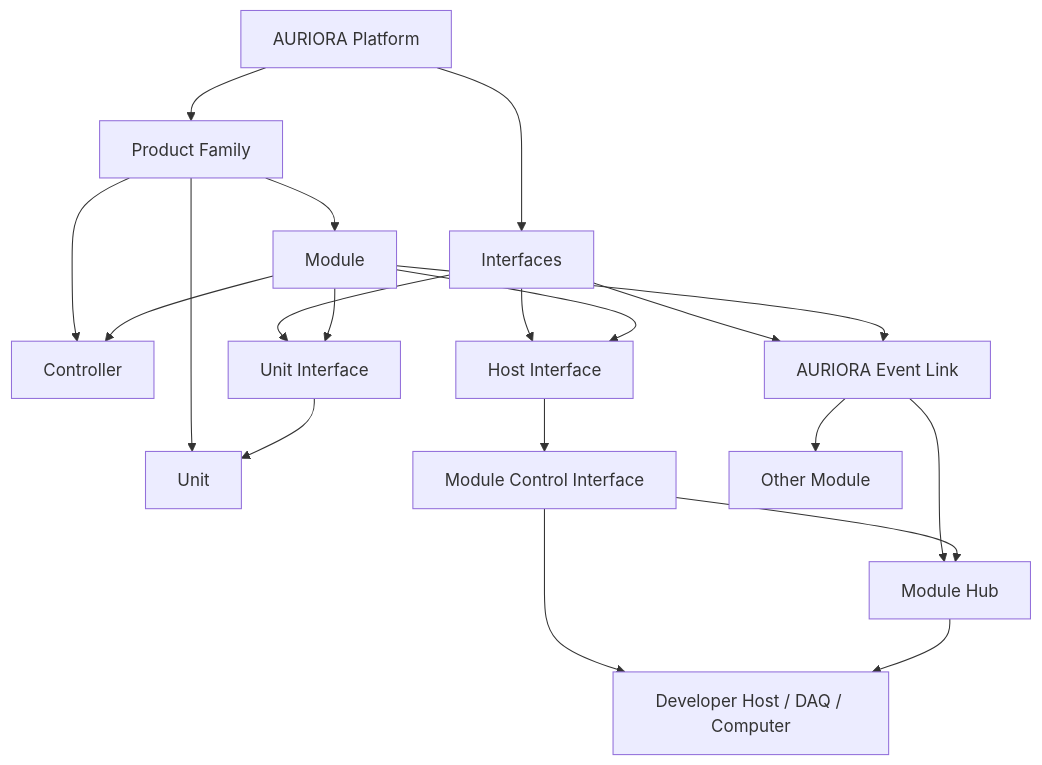
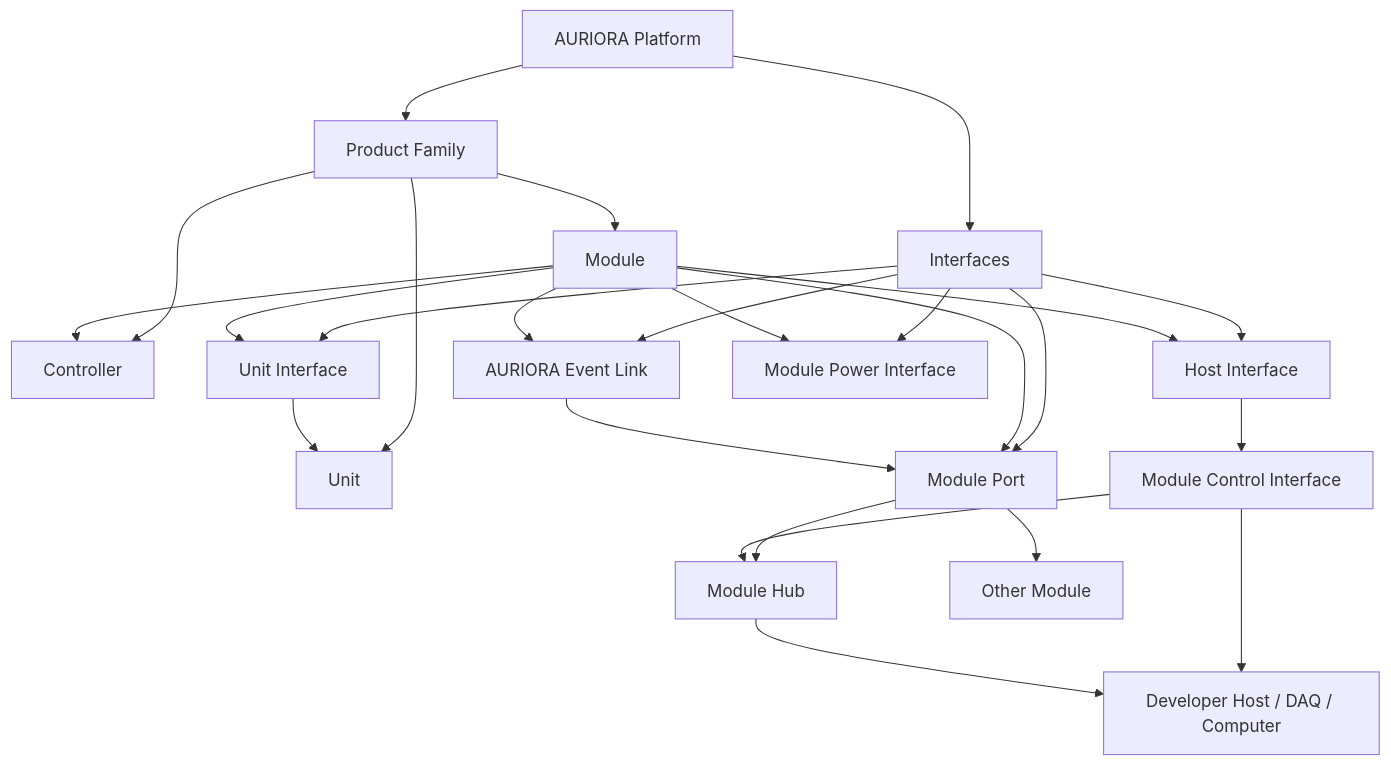
Before and after one commit to auriora-org/auriora-engineering-standard: the first of 2 diagrams in STANDARD.md, drawn with Mermaid. The commit also changed other lines of this file and 16 other files, not shown here.

````diff
--- a/STANDARD.md
+++ b/STANDARD.md
@@ -95,36 +95,43 @@
 ```mermaid
 flowchart TB
     Platform[AURIORA Platform]
     Family[Product Family]
     Module[Module]
     Controller[Controller]
     Unit[Unit]
     Interfaces[Interfaces]
     Host[Host Interface]
     MCI[Module Control Interface]
     UI[Unit Interface]
     AEL[AURIORA Event Link]
+    Port[Module Port]
+    Power[Module Power Interface]
     Hub[Module Hub]
     Peer[Other Module]
     External[Developer Host / DAQ / Computer]
 
     Platform --> Family
     Platform --> Interfaces
     Family --> Module
     Family --> Controller
     Family --> Unit
     Interfaces --> Host
     Interfaces --> UI
     Interfaces --> AEL
+    Interfaces --> Port
+    Interfaces --> Power
     Host --> MCI
     Module --> Controller
     Module --> Host
     Module --> UI
     Module --> AEL
+    Module --> Port
+    Module --> Power
     UI --> Unit
-    AEL --> Peer
-    AEL --> Hub
+    AEL --> Port
+    Port --> Peer
+    Port --> Hub
     MCI --> Hub
     MCI --> External
     Hub --> External
 ```
````
